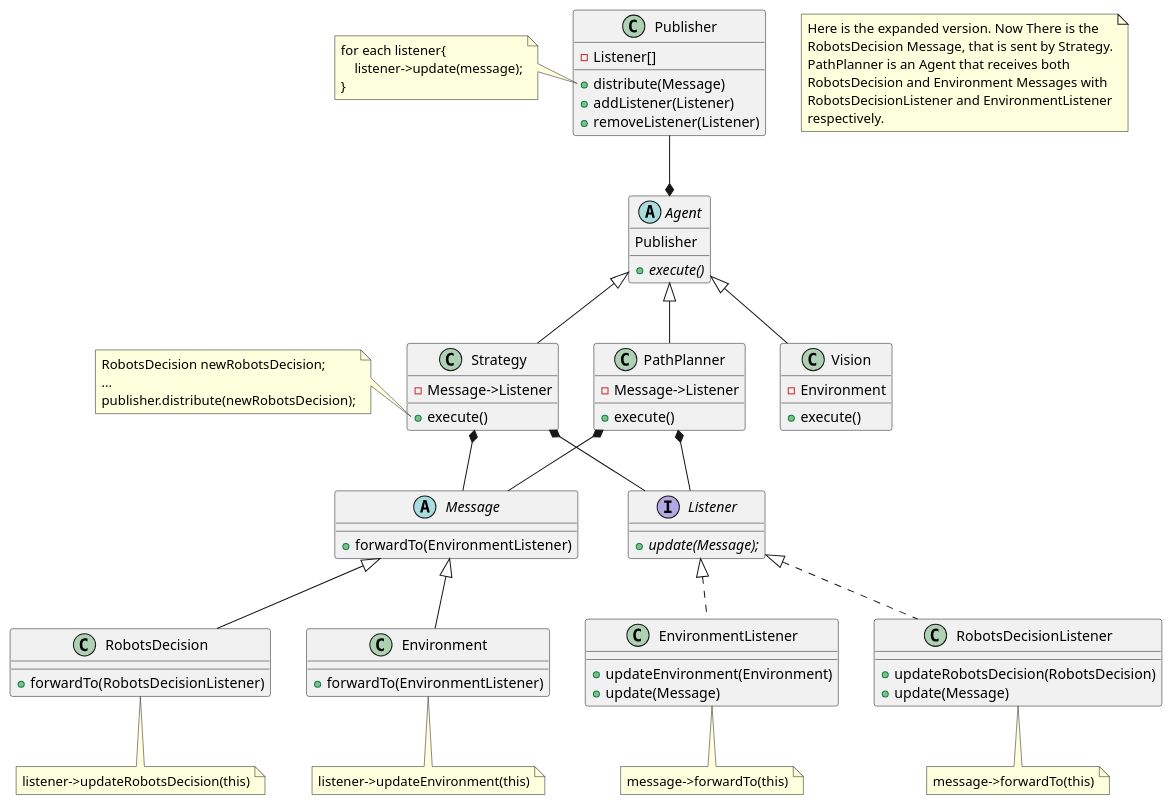
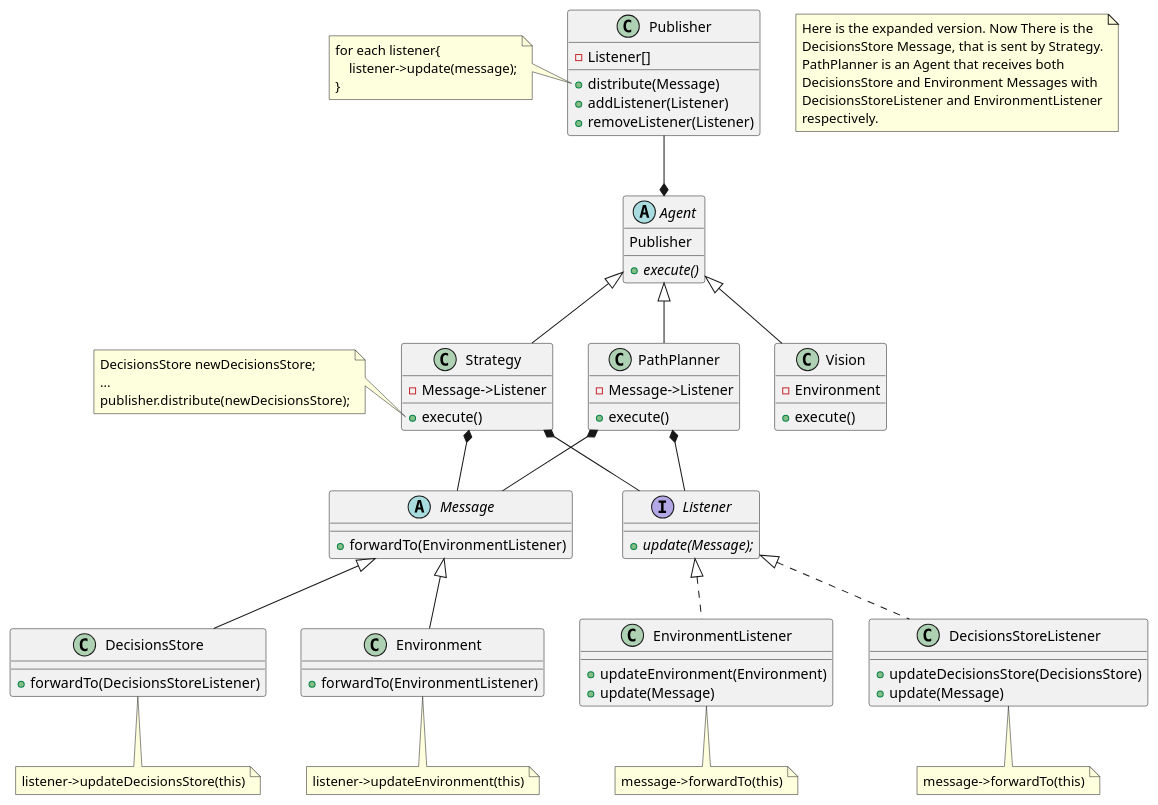
The diagram in docs/messaging/TwoPusblishersMessaging.puml (roboime/Phoenixpp), drawn with PlantUML before and after one commit. The commit also changed 26 other files, not shown here.

Commit message:
Adicionando STPs para uma skill rolha do atacante ir ate a bola. Falta implementar a lógica de como a SSM irá transicionar de estado em estado e também como a decisionStore será passada para dentro das skills.

```diff
--- a/docs/messaging/TwoPusblishersMessaging.puml
+++ b/docs/messaging/TwoPusblishersMessaging.puml
@@ -1,118 +1,118 @@
 @startuml
 
 note as N1
 Here is the expanded version. Now There is the
-RobotsDecision Message, that is sent by Strategy.
+DecisionsStore Message, that is sent by Strategy.
 PathPlanner is an Agent that receives both
-RobotsDecision and Environment Messages with
-RobotsDecisionListener and EnvironmentListener
+DecisionsStore and Environment Messages with
+DecisionsStoreListener and EnvironmentListener
 respectively.
 end note
 
 interface Listener {
     +{abstract}update(Message);
 }
 
 class Publisher {
     -Listener[]
     +distribute(Message)
     +addListener(Listener)
     +removeListener(Listener)
 }
 
 abstract class Message {
     +forwardTo(EnvironmentListener)
 }
 
-class RobotsDecision{
-    +forwardTo(RobotsDecisionListener)
+class DecisionsStore{
+    +forwardTo(DecisionsStoreListener)
 }
 
-RobotsDecision --u|> Message
+DecisionsStore --u|> Message
 
 
 class EnvironmentListener {
     +updateEnvironment(Environment)
     +update(Message)
 }
 
-class RobotsDecisionListener {
-    +updateRobotsDecision(RobotsDecision)
+class DecisionsStoreListener {
+    +updateDecisionsStore(DecisionsStore)
     +update(Message)
 }
 
-RobotsDecisionListener ..u|> Listener
+DecisionsStoreListener ..u|> Listener
 
 note bottom of EnvironmentListener
     message->forwardTo(this)
 end note
 
-note bottom of RobotsDecisionListener
+note bottom of DecisionsStoreListener
     message->forwardTo(this)
 end note
 
 EnvironmentListener ..u|> Listener
 
 class Environment {
     +forwardTo(EnvironmentListener)
 }
 
 
 Environment --u|> Message
 
 
 abstract class Agent {
     Publisher
     +{abstract}execute()
 }
 
 class Vision {
     -Environment
     +execute()
 }
 
 Vision --u|> Agent
 Agent *--u Publisher
 
 class Strategy {
     -Message->Listener
     +execute()
 }
 
 Strategy --u|> Agent
 Strategy *-d- Listener
 
 class PathPlanner {
     -Message->Listener
     +execute()
 }
 
 PathPlanner --u|> Agent
 PathPlanner *-d- Listener
 PathPlanner *-- Message
 
 note left of Strategy::execute
-RobotsDecision newRobotsDecision;
+DecisionsStore newDecisionsStore;
 ...
-publisher.distribute(newRobotsDecision);
+publisher.distribute(newDecisionsStore);
 end note
 
 note left of Publisher::distribute
 for each listener{
     listener->update(message);
 }
 end note
 
 note bottom of Environment
 listener->updateEnvironment(this)
 end note
 
-note bottom of RobotsDecision
-listener->updateRobotsDecision(this)
+note bottom of DecisionsStore
+listener->updateDecisionsStore(this)
 end note
 
 Strategy -[hidden]r- PathPlanner
 PathPlanner -[hidden]r- Vision
 Strategy *-- Message
 
 @enduml
```
